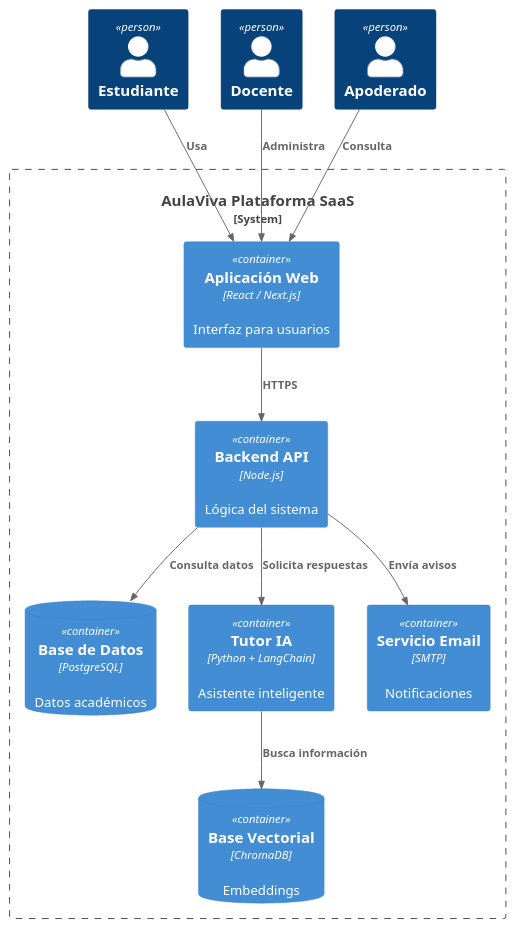
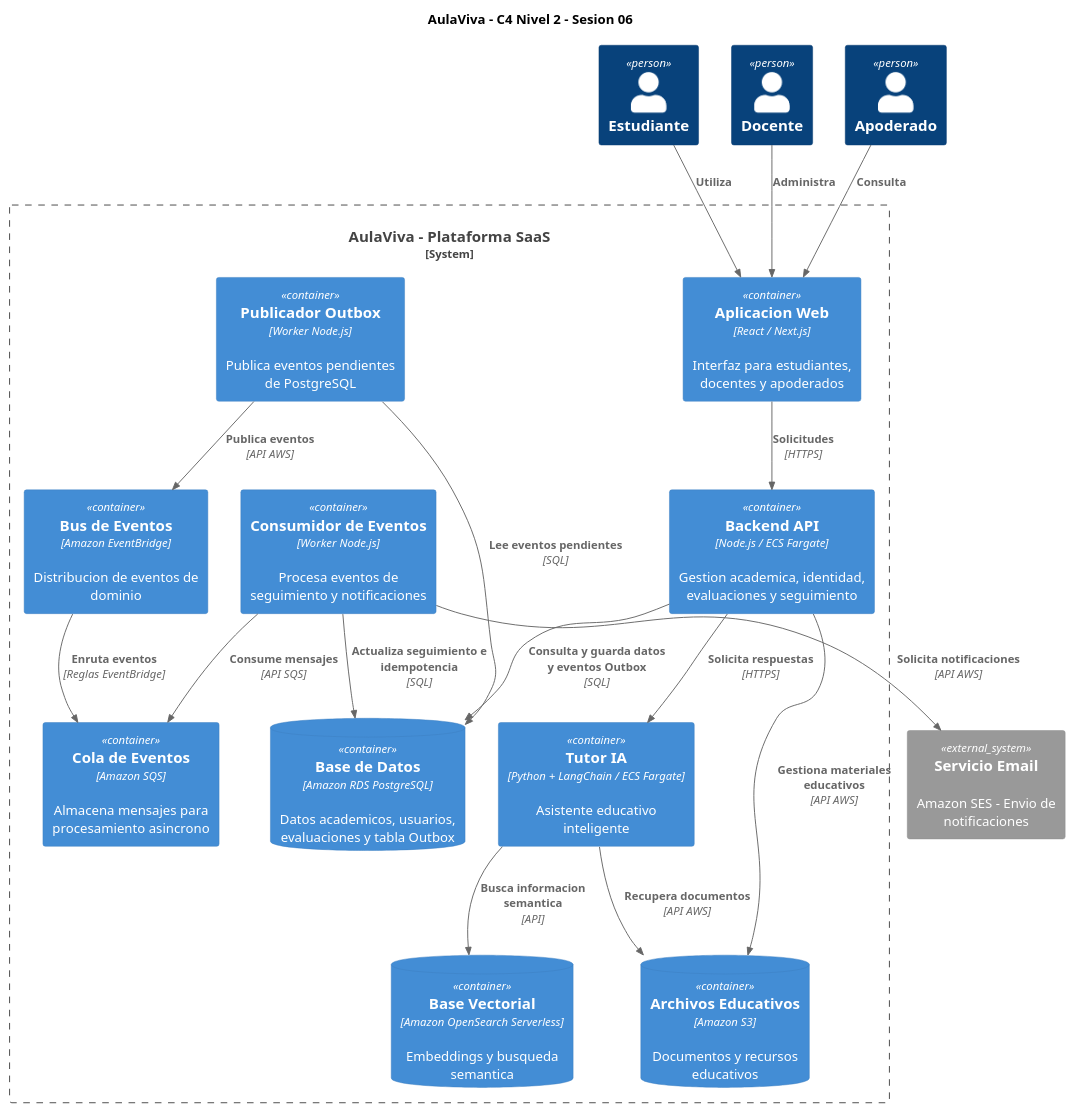
One commit to silvadaniel-mac/equipo-02--MIDAMA changed the diagram in docs/c4/l2-container.puml. Above: the diagram before and after it, drawn with PlantUML. The commit also changed other lines of this file, not shown here.

```diff
--- a/docs/c4/l2-container.puml
+++ b/docs/c4/l2-container.puml
@@ -1,35 +2,65 @@
-@startuml AulaViva_C4_L2
+@startuml AulaViva_C4_L2_S06
 
 !include <C4/C4_Container>
+
+title AulaViva - C4 Nivel 2 - Sesion 06
 
 Person(estudiante, "Estudiante")
 Person(docente, "Docente")
 Person(apoderado, "Apoderado")
 
-System_Boundary(aula, "AulaViva Plataforma SaaS") {
+System_Boundary(aula, "AulaViva - Plataforma SaaS") {
 
-Container(web, "Aplicación Web", "React / Next.js", "Interfaz para usuarios")
+    Container(web, "Aplicacion Web", "React / Next.js", "Interfaz para estudiantes, docentes y apoderados")
 
-Container(api, "Backend API", "Node.js", "Lógica del sistema")
+    Container(api, "Backend API", "Node.js / ECS Fargate", "Gestion academica, identidad, evaluaciones y seguimiento")
 
-ContainerDb(db, "Base de Datos", "PostgreSQL", "Datos académicos")
+    ContainerDb(db, "Base de Datos", "Amazon RDS PostgreSQL", "Datos academicos, usuarios, evaluaciones y tabla Outbox")
 
-Container(ai, "Tutor IA", "Python + LangChain", "Asistente inteligente")
+    Container(ai, "Tutor IA", "Python + LangChain / ECS Fargate", "Asistente educativo inteligente")
 
-ContainerDb(vector, "Base Vectorial", "ChromaDB", "Embeddings")
+    ContainerDb(vector, "Base Vectorial", "Amazon OpenSearch Serverless", "Embeddings y busqueda semantica")
 
-Container(email, "Servicio Email", "SMTP", "Notificaciones")
+    ContainerDb(archivos, "Archivos Educativos", "Amazon S3", "Documentos y recursos educativos")
+
+    Container(publicador, "Publicador Outbox", "Worker Node.js", "Publica eventos pendientes de PostgreSQL")
+
+    Container(broker, "Bus de Eventos", "Amazon EventBridge", "Distribucion de eventos de dominio")
+
+    Container(cola, "Cola de Eventos", "Amazon SQS", "Almacena mensajes para procesamiento asincrono")
+
+    Container(consumidor, "Consumidor de Eventos", "Worker Node.js", "Procesa eventos de seguimiento y notificaciones")
 
 }
 
-Rel(estudiante, web, "Usa")
+System_Ext(email, "Servicio Email", "Amazon SES - Envio de notificaciones")
+
+Rel(estudiante, web, "Utiliza")
 Rel(docente, web, "Administra")
 Rel(apoderado, web, "Consulta")
 
-Rel(web, api, "HTTPS")
-Rel(api, db, "Consulta datos")
-Rel(api, ai, "Solicita respuestas")
-Rel(ai, vector, "Busca información")
-Rel(api, email, "Envía avisos")
+Rel(web, api, "Solicitudes", "HTTPS")
+
+Rel(api, db, "Consulta y guarda datos y eventos Outbox", "SQL")
+
+Rel(api, ai, "Solicita respuestas", "HTTPS")
+
+Rel(ai, vector, "Busca informacion semantica", "API")
+
+Rel(api, archivos, "Gestiona materiales educativos", "API AWS")
+
+Rel(ai, archivos, "Recupera documentos", "API AWS")
+
+Rel(publicador, db, "Lee eventos pendientes", "SQL")
+
+Rel(publicador, broker, "Publica eventos", "API AWS")
+
+Rel(broker, cola, "Enruta eventos", "Reglas EventBridge")
+
+Rel(consumidor, cola, "Consume mensajes", "API SQS")
+
+Rel(consumidor, db, "Actualiza seguimiento e idempotencia", "SQL")
+
+Rel(consumidor, email, "Solicita notificaciones", "API AWS")
 
 @enduml
```
